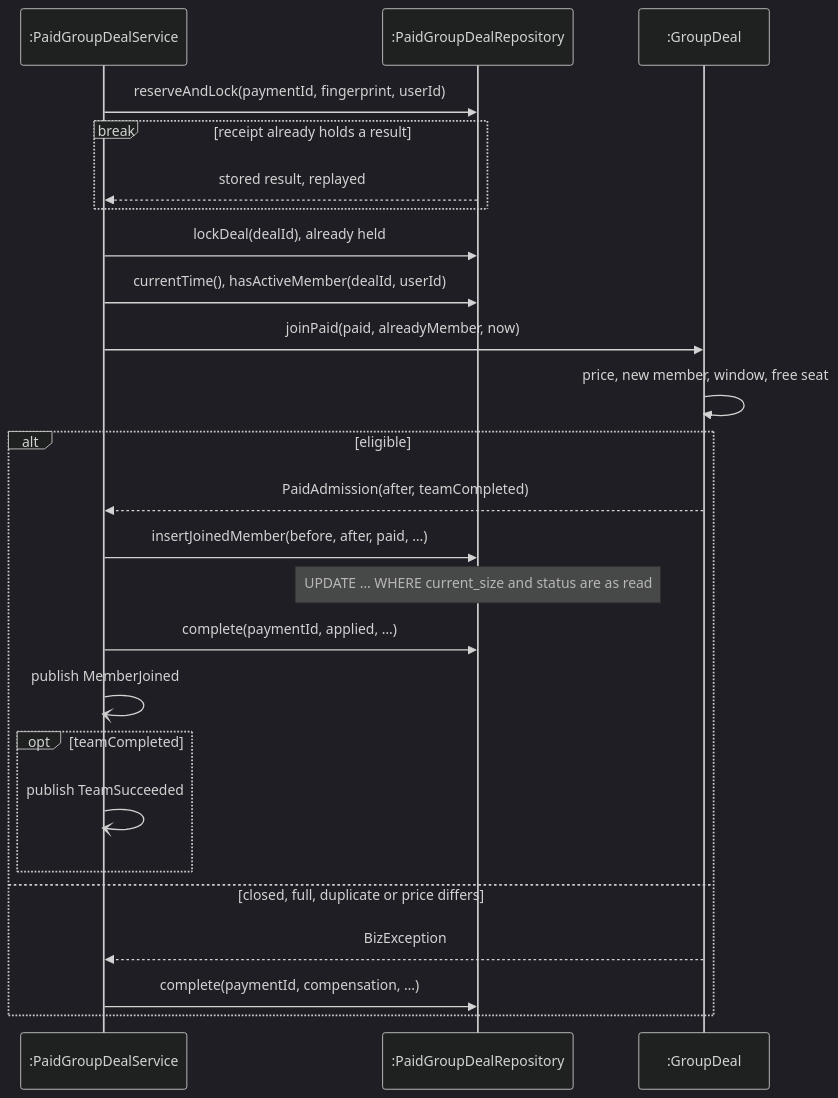
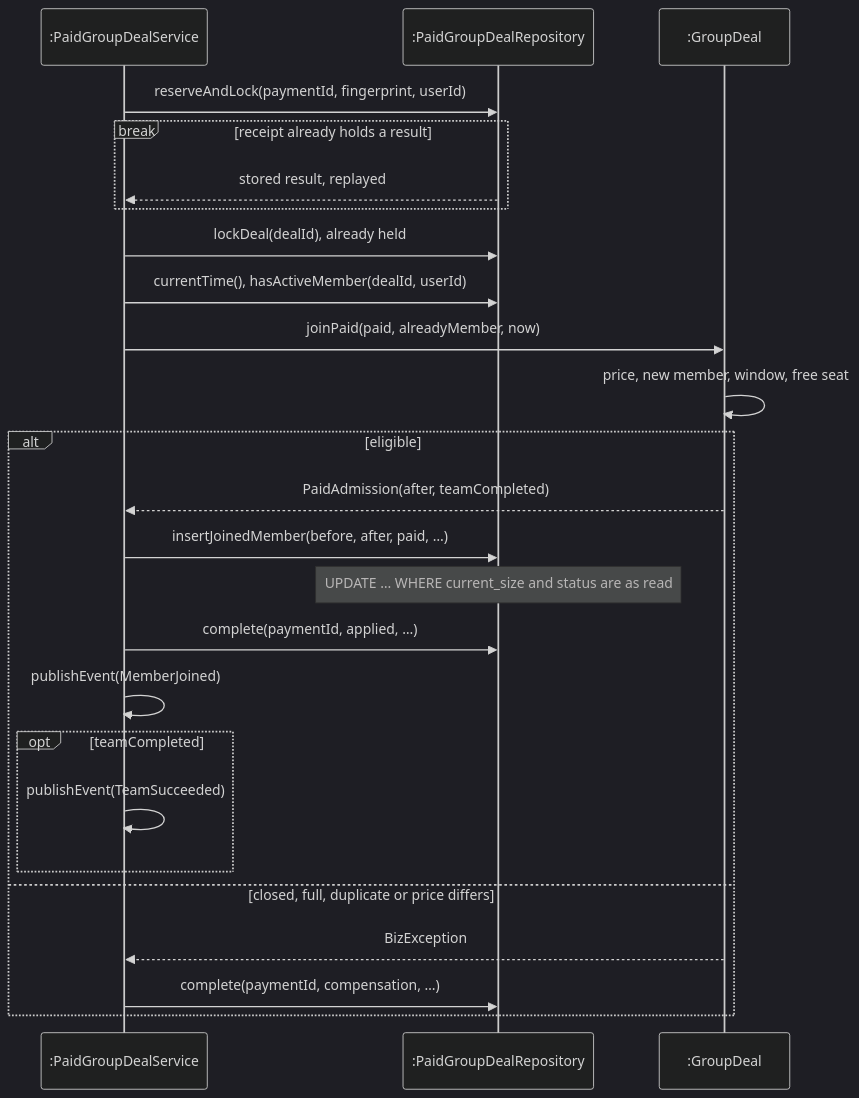
Before and after one commit to PPsyrius/iss-groupbuy-team8: diagram 12 of 15 in docs/swe5006/report/sections/03-4-1-eric.md, drawn with Mermaid (dark theme). The commit also changed other lines of this file and 17 other files, not shown here.

````diff
--- a/docs/swe5006/report/sections/03-4-1-eric.md
+++ b/docs/swe5006/report/sections/03-4-1-eric.md
@@ -644,28 +644,28 @@
 ```mermaid
 sequenceDiagram
     participant Service as :PaidGroupDealService
     participant Repo as :PaidGroupDealRepository
     participant Deal as :GroupDeal
 
     Service->>Repo: reserveAndLock(paymentId, fingerprint, userId)
     break receipt already holds a result
         Repo-->>Service: stored result, replayed
     end
     Service->>Repo: lockDeal(dealId), already held
     Service->>Repo: currentTime(), hasActiveMember(dealId, userId)
     Service->>Deal: joinPaid(paid, alreadyMember, now)
     Deal->>Deal: price, new member, window, free seat
     alt eligible
         Deal-->>Service: PaidAdmission(after, teamCompleted)
         Service->>Repo: insertJoinedMember(before, after, paid, …)
         Note over Repo: UPDATE … WHERE current_size and status are as read
         Service->>Repo: complete(paymentId, applied, …)
-        Service-)Service: publish MemberJoined
+        Service->>Service: publishEvent(MemberJoined)
         opt teamCompleted
-            Service-)Service: publish TeamSucceeded
+            Service->>Service: publishEvent(TeamSucceeded)
         end
     else closed, full, duplicate or price differs
         Deal-->>Service: BizException
         Service->>Repo: complete(paymentId, compensation, …)
     end
 ```
````
